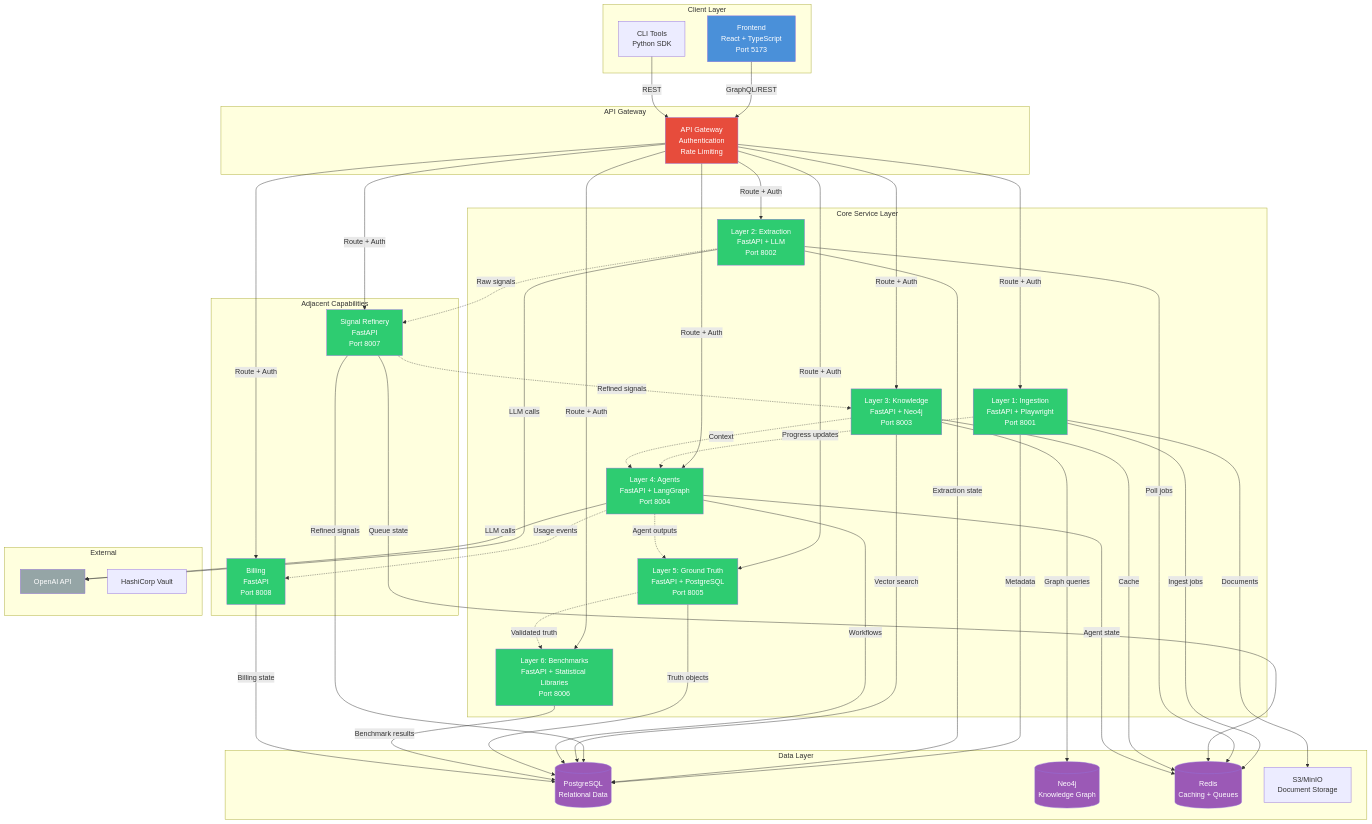
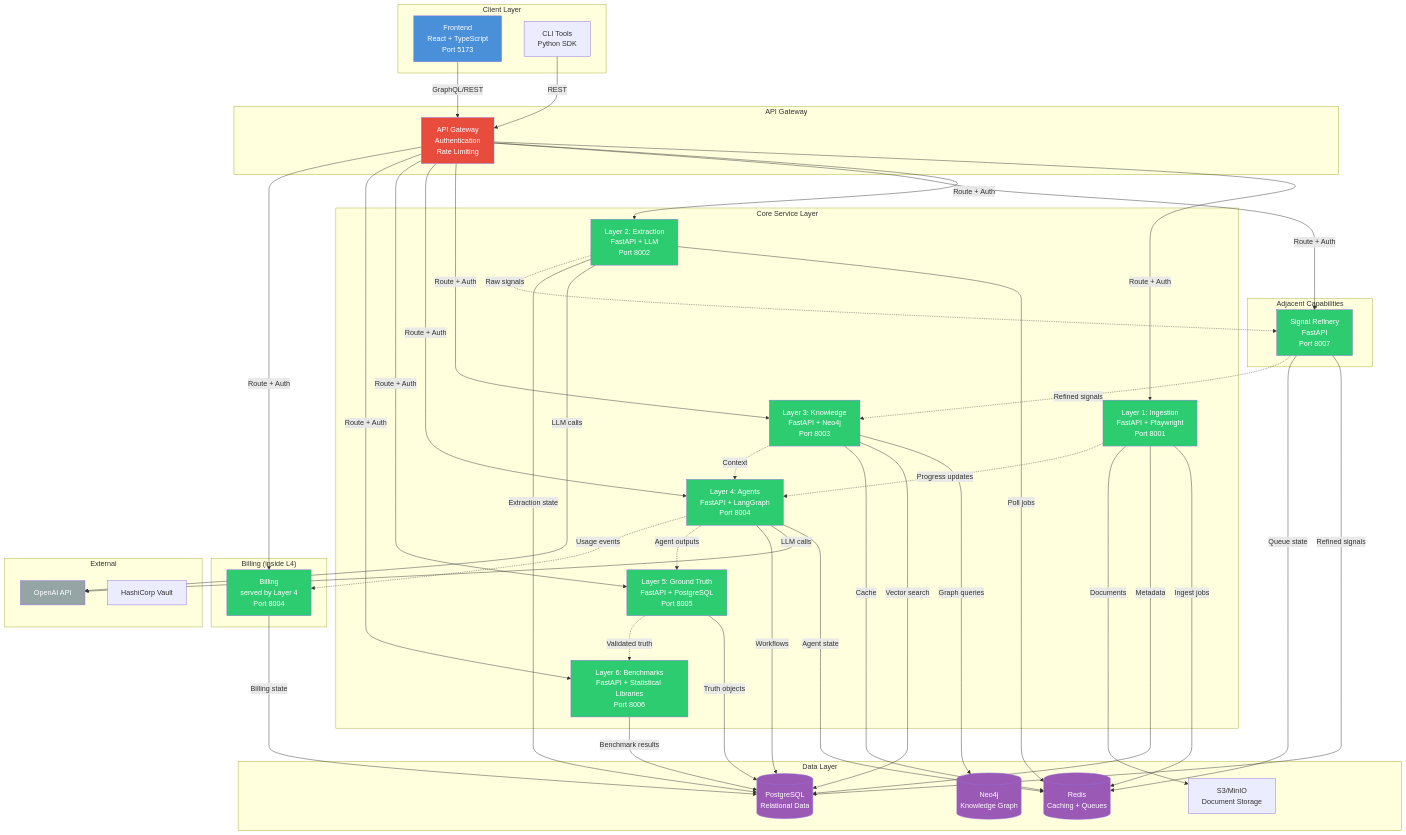
One commit to Valynt/Fabric_4L changed the second of 11 diagrams in docs/core-concepts/architecture.md. Above: the diagram before and after it, drawn with Mermaid. The commit also changed other lines of this file and 125 other files, not shown here.

First line of the commit message:
﻿fix: de-duplicate billing domain to a single owner (Layer 4)

```diff
--- a/docs/core-concepts/architecture.md
+++ b/docs/core-concepts/architecture.md
@@ -94,7 +94,10 @@
 
     subgraph "Adjacent Capabilities"
         L2_5[Signal Refinery<br/>FastAPI<br/>Port 8007]
-        L7[Billing<br/>FastAPI<br/>Port 8008]
+    end
+
+    subgraph "Billing (inside L4)"
+        BILL[Billing<br/>served by Layer 4<br/>Port 8004]
     end
     
     subgraph "Data Layer"
@@ -118,7 +121,7 @@
     GW -->|Route + Auth| L4
     GW -->|Route + Auth| L5
     GW -->|Route + Auth| L6
-    GW -->|Route + Auth| L7
+    GW -->|Route + Auth| BILL
     
     L1 -->|Ingest jobs| RED
     L1 -->|Metadata| PG
@@ -141,7 +144,7 @@
     
     L5 -->|Truth objects| PG
     L6 -->|Benchmark results| PG
-    L7 -->|Billing state| PG
+    BILL -->|Billing state| PG
     
     L1 -.->|Progress updates| L4
     L2 -.->|Raw signals| L2_5
@@ -149,7 +152,7 @@
     L3 -.->|Context| L4
     L4 -.->|Agent outputs| L5
     L5 -.->|Validated truth| L6
-    L4 -.->|Usage events| L7
+    L4 -.->|Usage events| BILL
     
     style FE fill:#4a90d9,color:white
     style L1 fill:#2ecc71,color:white
@@ -159,7 +162,7 @@
     style L4 fill:#2ecc71,color:white
     style L5 fill:#2ecc71,color:white
     style L6 fill:#2ecc71,color:white
-    style L7 fill:#2ecc71,color:white
+    style BILL fill:#2ecc71,color:white
     style GW fill:#e74c3c,color:white
     style PG fill:#9b59b6,color:white
     style NEO fill:#9b59b6,color:white
```
